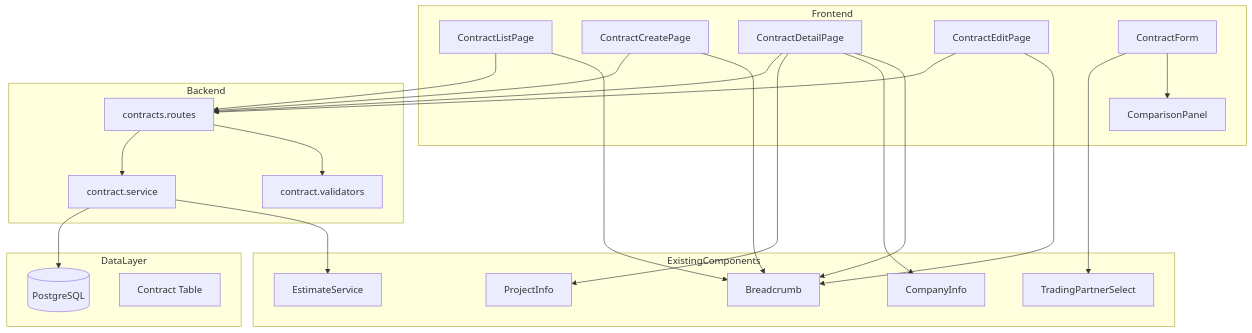
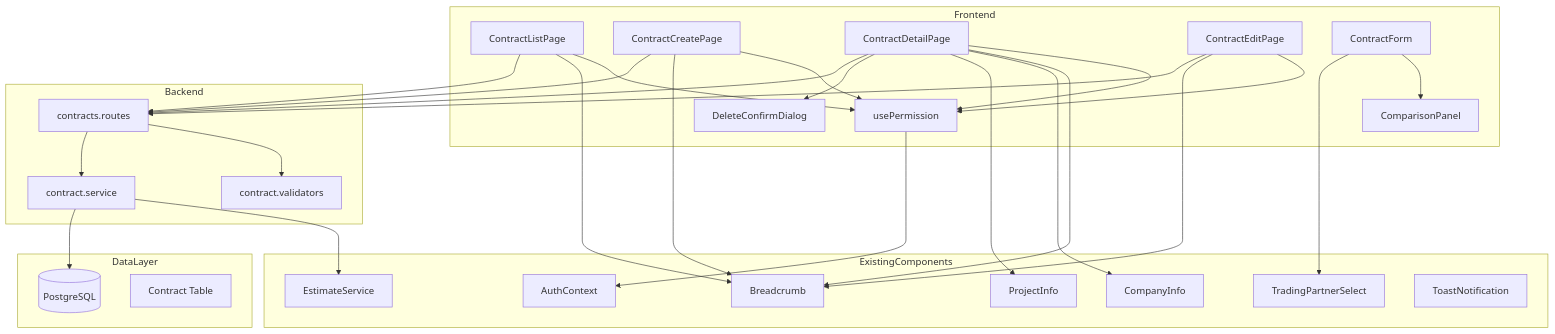
Before and after one commit to inakanou/ArchiTrack: the first of 6 diagrams in .kiro/specs/contract-management/design.md, drawn with Mermaid. The commit also changed other lines of this file and 3 other files, not shown here.

````diff
--- a/.kiro/specs/contract-management/design.md
+++ b/.kiro/specs/contract-management/design.md
@@ -39,49 +43,60 @@
 ```mermaid
 graph TB
     subgraph Frontend
         CL[ContractListPage]
         CC[ContractCreatePage]
         CD[ContractDetailPage]
         CE[ContractEditPage]
         CF[ContractForm]
         CMP[ComparisonPanel]
+        DCD[DeleteConfirmDialog]
+        UP[usePermission]
     end
 
     subgraph Backend
         CR[contracts.routes]
         CS[contract.service]
         CV[contract.validators]
     end
 
     subgraph DataLayer
         DB[(PostgreSQL)]
         CT[Contract Table]
     end
 
     subgraph ExistingComponents
         TPS[TradingPartnerSelect]
         BC[Breadcrumb]
         ES[EstimateService]
         PI[ProjectInfo]
         CI[CompanyInfo]
+        AC[AuthContext]
+        TN[ToastNotification]
     end
 
     CL --> CR
     CC --> CR
     CD --> CR
     CE --> CR
     CF --> TPS
     CF --> CMP
+    CD --> DCD
 
     CR --> CS
     CR --> CV
     CS --> DB
     CS --> ES
 
     CD --> PI
     CD --> CI
     CD --> BC
     CL --> BC
     CC --> BC
     CE --> BC
+
+    CL --> UP
+    CC --> UP
+    CD --> UP
+    CE --> UP
+    UP --> AC
 ```
````
